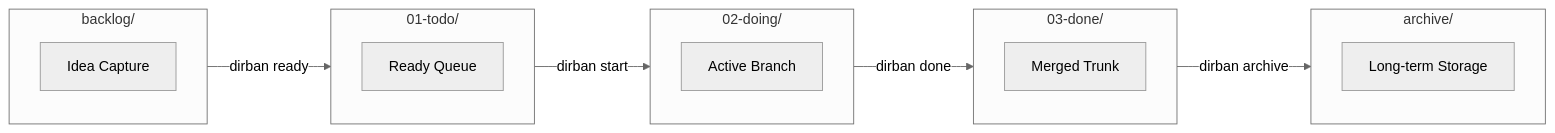
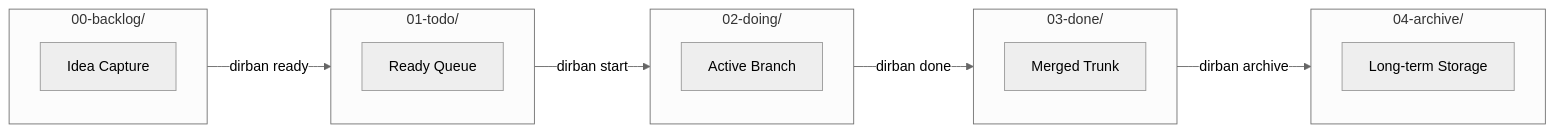
Before and after one commit to SYip/dirban: the diagram in docs/cli-reference.md, drawn with Mermaid (neutral theme). The commit also changed other lines of this file and 35 other files, not shown here.

````diff
--- a/docs/cli-reference.md
+++ b/docs/cli-reference.md
@@ -27,32 +27,32 @@
 ```mermaid
 flowchart LR
-    subgraph Backlog ["backlog/"]
+    subgraph Backlog ["00-backlog/"]
         direction TB
         B1["Idea Capture"]
     end
 
     subgraph Todo ["01-todo/"]
         direction TB
         T1["Ready Queue"]
     end
 
     subgraph Doing ["02-doing/"]
         direction TB
         D1["Active Branch"]
     end
 
     subgraph Done ["03-done/"]
         direction TB
         DN1["Merged Trunk"]
     end
 
-    subgraph Archive ["archive/"]
+    subgraph Archive ["04-archive/"]
         direction TB
         A1["Long-term Storage"]
     end
 
     Backlog -->|dirban ready| Todo
     Todo -->|dirban start| Doing
     Doing -->|dirban done| Done
     Done -->|dirban archive| Archive
 ```
````
